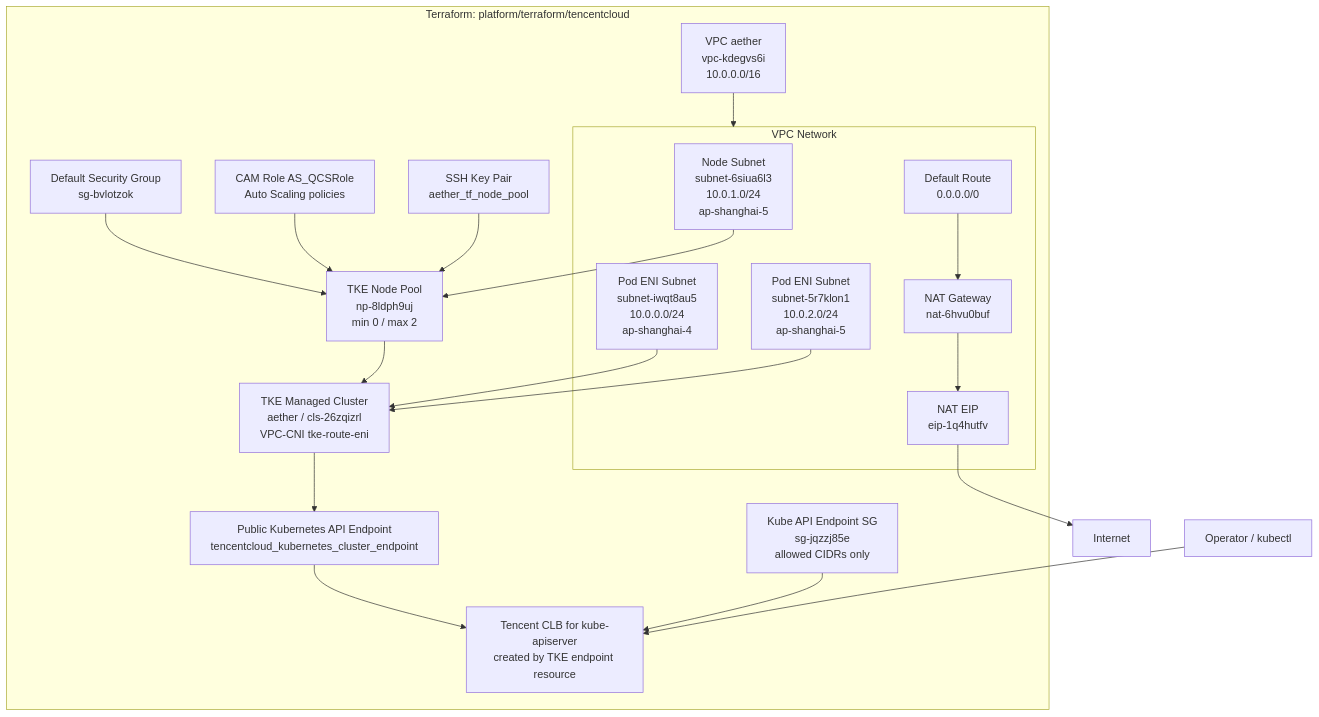
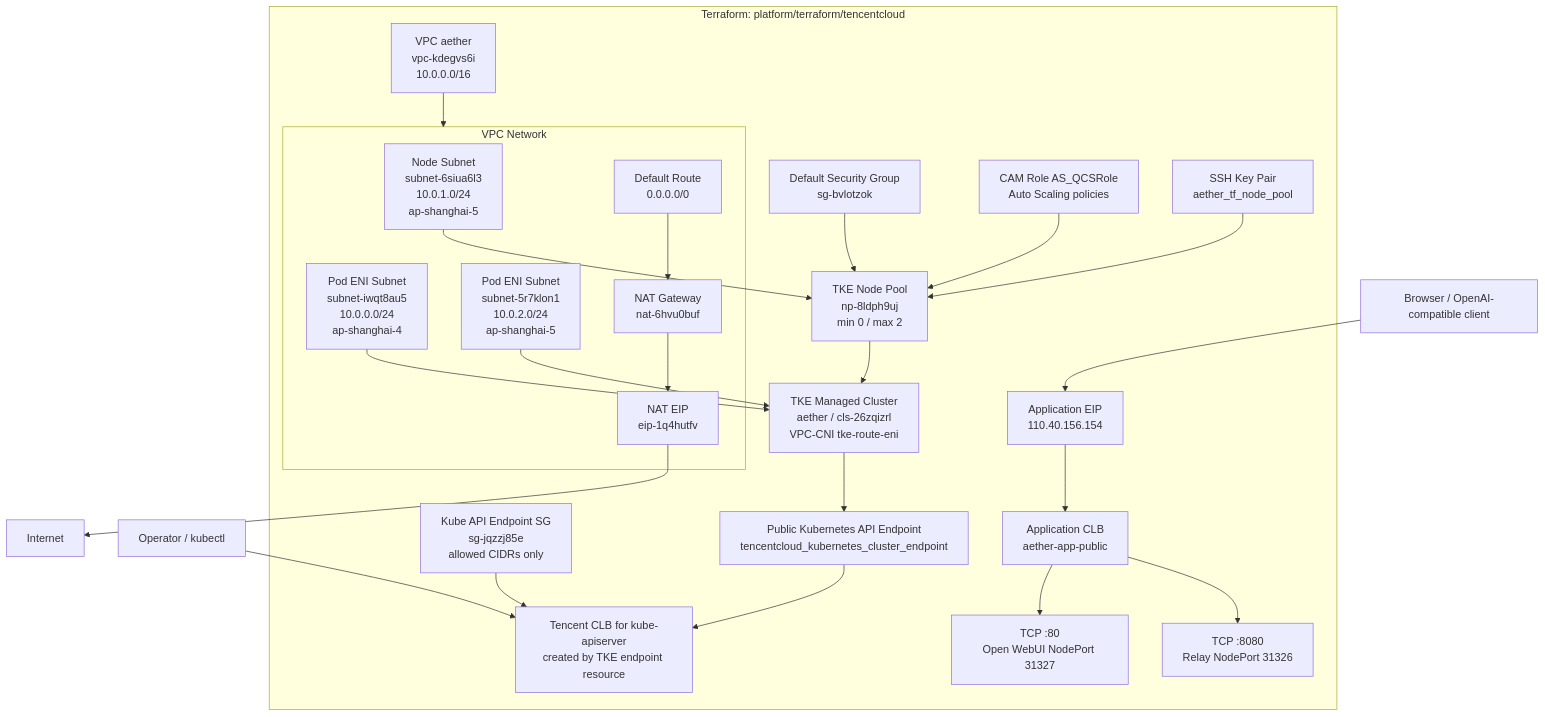
Before and after one commit to N0n4we/AetherCode: the first of 2 diagrams in README.md, drawn with Mermaid. The commit also changed other lines of this file and 21 other files, not shown here.

First line of the commit message:
deploy Open WebUI on TKE with HTTPS

````diff
--- a/README.md
+++ b/README.md
@@ -24,42 +24,51 @@
 ```mermaid
 flowchart TB
   User["Operator / kubectl"]
   Internet["Internet"]
+  Browser["Browser / OpenAI-compatible client"]
 
   subgraph TF["Terraform: platform/terraform/tencentcloud"]
     VPC["VPC aether<br/>vpc-kdegvs6i<br/>10.0.0.0/16"]
 
     subgraph Network["VPC Network"]
       NodeSubnet["Node Subnet<br/>subnet-6siua6l3<br/>10.0.1.0/24<br/>ap-shanghai-5"]
       PodSubnet4["Pod ENI Subnet<br/>subnet-iwqt8au5<br/>10.0.0.0/24<br/>ap-shanghai-4"]
       PodSubnet5["Pod ENI Subnet<br/>subnet-5r7klon1<br/>10.0.2.0/24<br/>ap-shanghai-5"]
       DefaultRoute["Default Route<br/>0.0.0.0/0"]
       NAT["NAT Gateway<br/>nat-6hvu0buf"]
-      EIP["NAT EIP<br/>eip-1q4hutfv"]
+      NATEIP["NAT EIP<br/>eip-1q4hutfv"]
     end
 
     SGDefault["Default Security Group<br/>sg-bvlotzok"]
     SGAPI["Kube API Endpoint SG<br/>sg-jqzzj85e<br/>allowed CIDRs only"]
 
     TKE["TKE Managed Cluster<br/>aether / cls-26zqizrl<br/>VPC-CNI tke-route-eni"]
     NodePool["TKE Node Pool<br/>np-8ldph9uj<br/>min 0 / max 2"]
     KubeEndpoint["Public Kubernetes API Endpoint<br/>tencentcloud_kubernetes_cluster_endpoint"]
     APIEndpointCLB["Tencent CLB for kube-apiserver<br/>created by TKE endpoint resource"]
 
+    AppEIP["Application EIP<br/>110.40.156.154"]
+    AppCLB["Application CLB<br/>aether-app-public"]
+    OWListener["TCP :80<br/>Open WebUI NodePort 31327"]
+    RelayListener["TCP :8080<br/>Relay NodePort 31326"]
+
     ASRole["CAM Role AS_QCSRole<br/>Auto Scaling policies"]
     KeyPair["SSH Key Pair<br/>aether_tf_node_pool"]
   end
 
   VPC --> Network
   NodeSubnet --> NodePool
   PodSubnet4 --> TKE
   PodSubnet5 --> TKE
-  DefaultRoute --> NAT --> EIP --> Internet
+  DefaultRoute --> NAT --> NATEIP --> Internet
   SGDefault --> NodePool
   ASRole --> NodePool
   KeyPair --> NodePool
   NodePool --> TKE
   TKE --> KubeEndpoint --> APIEndpointCLB
   SGAPI --> APIEndpointCLB
   User --> APIEndpointCLB
+  Browser --> AppEIP --> AppCLB
+  AppCLB --> OWListener
+  AppCLB --> RelayListener
 ```
````
